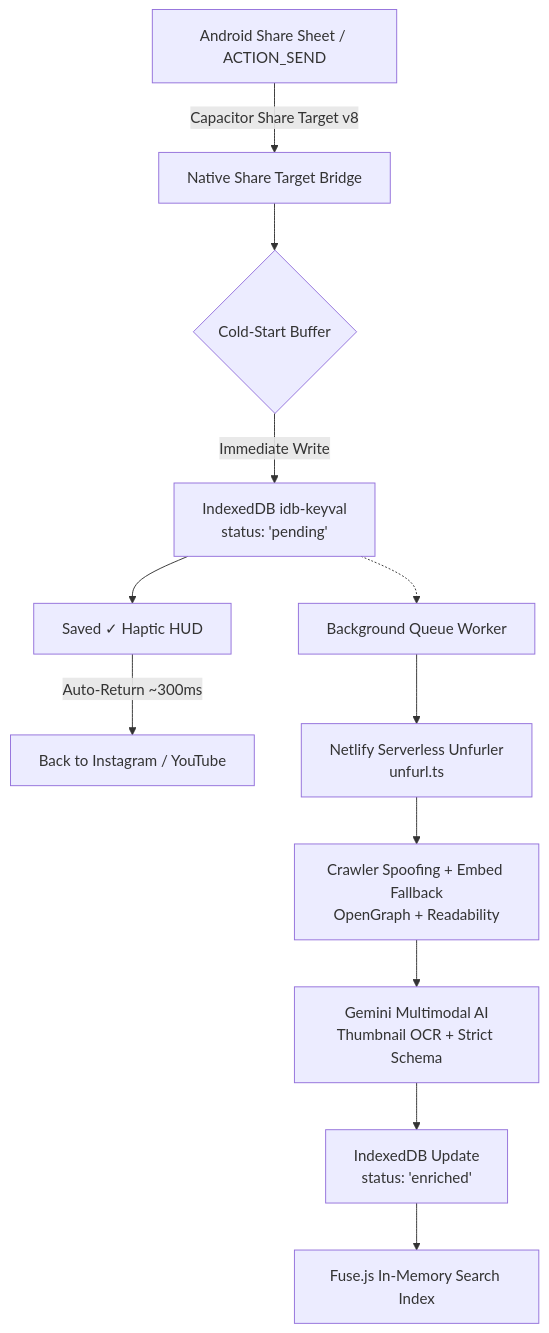
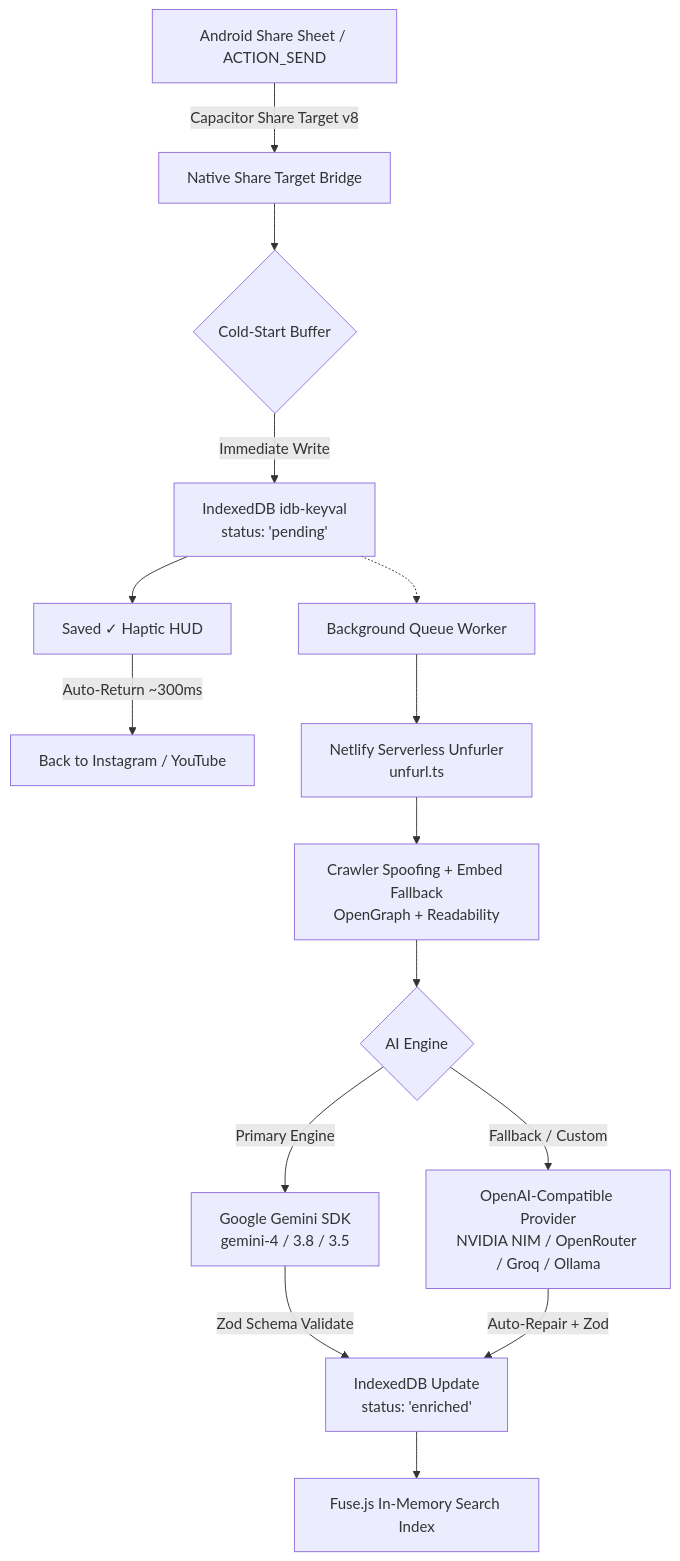
The diagram in README.md (Prashantispacific/drop-library), drawn with Mermaid before and after one commit. The commit also changed other lines of this file and 4 other files, not shown here.

Commit message:
docs: update architecture, README, AGENTS, security, and manual with multi-AI and collapsible models

````diff
--- a/README.md
+++ b/README.md
@@ -45,15 +47,20 @@
 ```mermaid
 flowchart TD
     A["Android Share Sheet / ACTION_SEND"] -->|"Capacitor Share Target v8"| B["Native Share Target Bridge"]
     B --> C{"Cold-Start Buffer"}
     C -->|"Immediate Write"| D["IndexedDB idb-keyval<br/>status: 'pending'"]
     D --> E["Saved ✓ Haptic HUD"]
     E -->|"Auto-Return ~300ms"| F["Back to Instagram / YouTube"]
 
     D -.-> G["Background Queue Worker"]
     G --> H["Netlify Serverless Unfurler<br/>unfurl.ts"]
     H --> I["Crawler Spoofing + Embed Fallback<br/>OpenGraph + Readability"]
-    I --> J["Gemini Multimodal AI<br/>Thumbnail OCR + Strict Schema"]
-    J --> K["IndexedDB Update<br/>status: 'enriched'"]
-    K --> L["Fuse.js In-Memory Search Index"]
+    
+    I --> J{"AI Engine"}
+    J -->|"Primary Engine"| K["Google Gemini SDK<br/>gemini-4 / 3.8 / 3.5"]
+    J -->|"Fallback / Custom"| L["OpenAI-Compatible Provider<br/>NVIDIA NIM / OpenRouter / Groq / Ollama"]
+    
+    K -->|"Zod Schema Validate"| M["IndexedDB Update<br/>status: 'enriched'"]
+    L -->|"Auto-Repair + Zod"| M
+    M --> N["Fuse.js In-Memory Search Index"]
 ```
````
